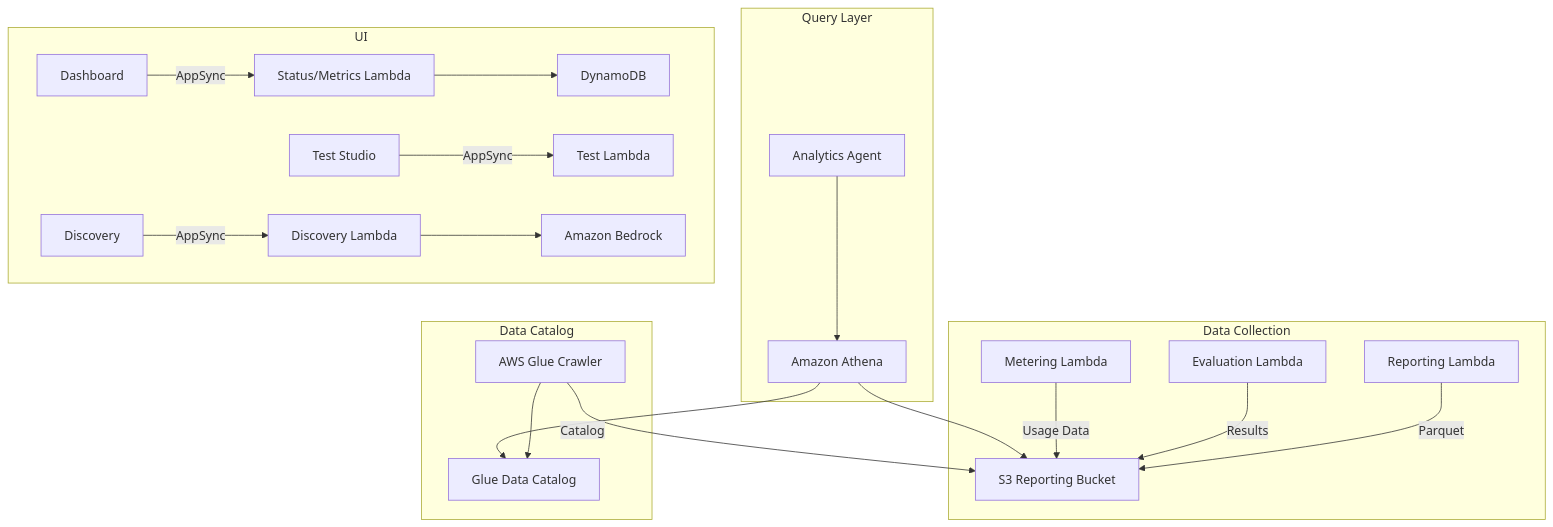
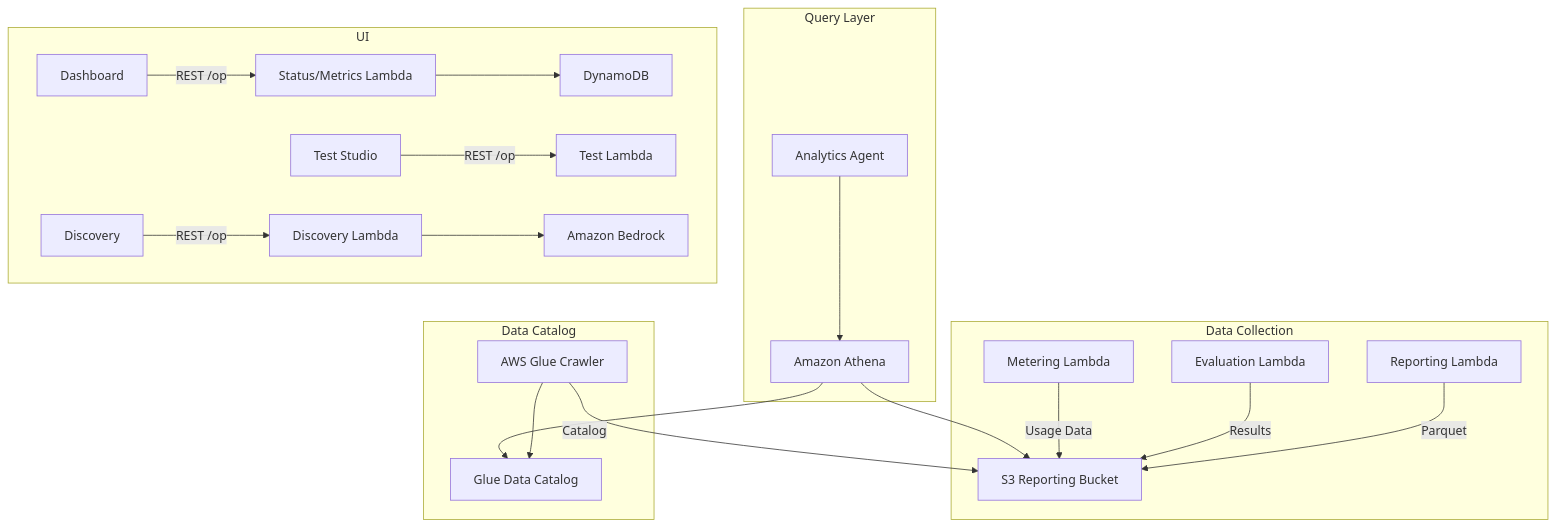
One commit to aws-samples/sample-genai-idp changed the diagram in security/threat-modeling/feature-threats/reporting-analytics.md. Above: the diagram before and after it, drawn with Mermaid. The commit also changed other lines of this file and 26 other files, not shown here.

````diff
--- a/security/threat-modeling/feature-threats/reporting-analytics.md
+++ b/security/threat-modeling/feature-threats/reporting-analytics.md
@@ -24,27 +25,27 @@
 ```mermaid
 flowchart TD
     subgraph Data Collection
         ReportLambda[Reporting Lambda] -->|Parquet| S3Report[S3 Reporting Bucket]
         EvalLambda[Evaluation Lambda] -->|Results| S3Report
         MeterLambda[Metering Lambda] -->|Usage Data| S3Report
     end
 
     subgraph Data Catalog
         Glue[AWS Glue Crawler] -->|Catalog| S3Report
         Glue --> GlueCatalog[Glue Data Catalog]
     end
 
     subgraph Query Layer
         Athena[Amazon Athena] --> GlueCatalog
         Athena --> S3Report
         Agent[Analytics Agent] --> Athena
     end
 
     subgraph UI
-        Dashboard[Dashboard] -->|AppSync| Lambda[Status/Metrics Lambda]
+        Dashboard[Dashboard] -->|REST /op| Lambda[Status/Metrics Lambda]
         Lambda --> DDB[DynamoDB]
-        TestStudio[Test Studio] -->|AppSync| TestLambda[Test Lambda]
-        Discovery[Discovery] -->|AppSync| DiscLambda[Discovery Lambda]
+        TestStudio[Test Studio] -->|REST /op| TestLambda[Test Lambda]
+        Discovery[Discovery] -->|REST /op| DiscLambda[Discovery Lambda]
         DiscLambda --> Bedrock[Amazon Bedrock]
     end
 ```
````
